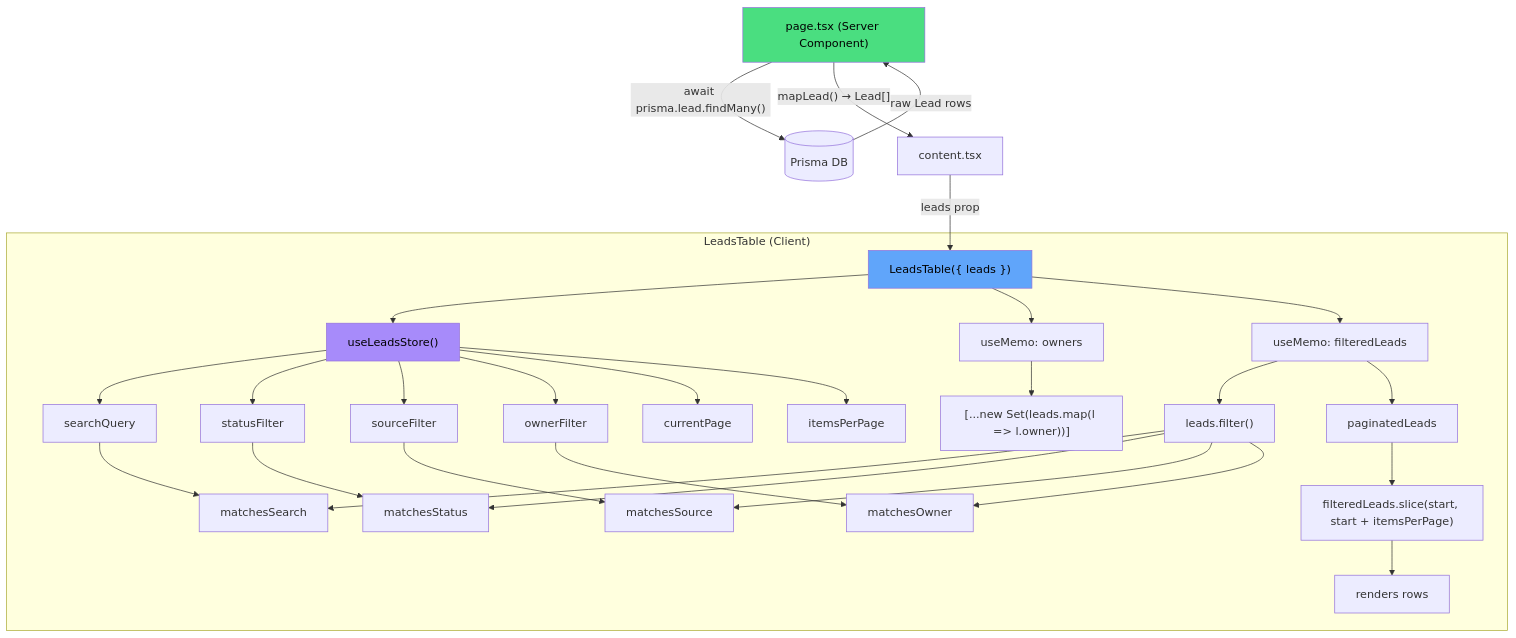
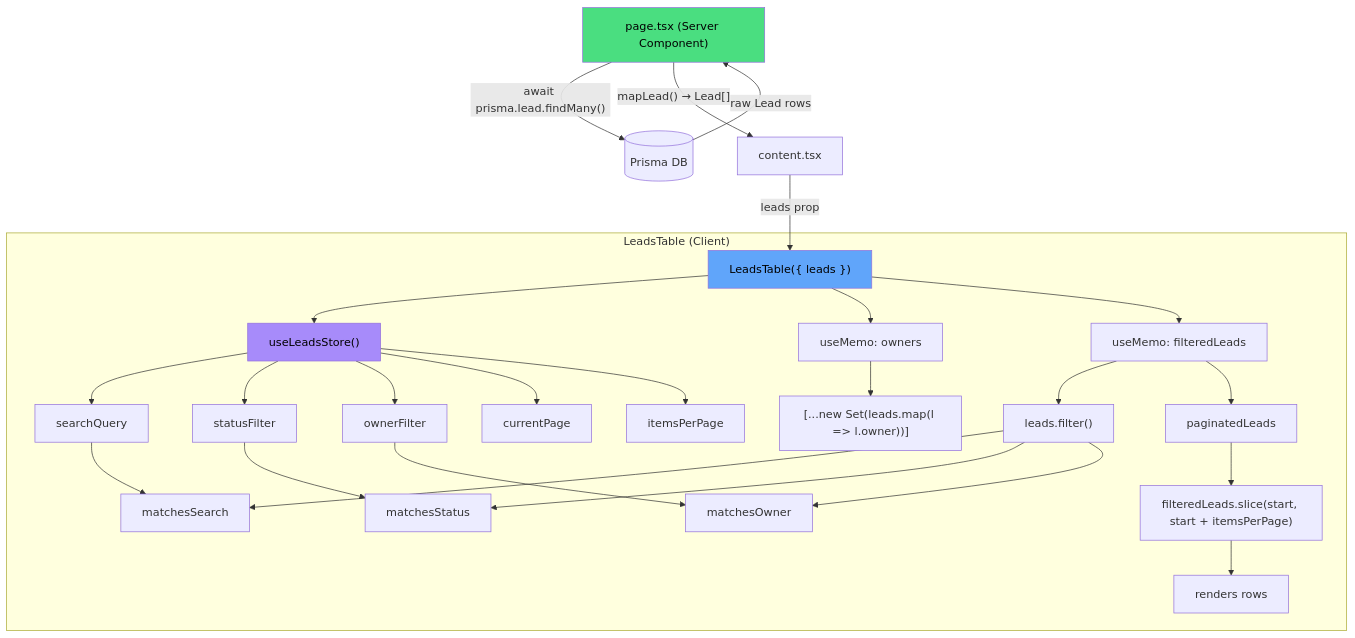
Before and after one commit to kimbrenekakande/wakaima: the diagram in apps/web/components/dashboard/LEADS-TABLE.md, drawn with Mermaid. The commit also changed other lines of this file and 20 other files, not shown here.

Commit message:
Refactor lead schema and remove source-based filtering

````diff
--- a/apps/web/components/dashboard/LEADS-TABLE.md
+++ b/apps/web/components/dashboard/LEADS-TABLE.md
@@ -17,41 +17,38 @@
 ```mermaid
 flowchart TD
     A["page.tsx (Server Component)"] -->|"await prisma.lead.findMany()"| B[("Prisma DB")]
     B -->|"raw Lead rows"| A
     A -->|"mapLead() → Lead[]"| C["content.tsx"]
     C -->|"leads prop"| D["LeadsTable({ leads })"]
 
     subgraph "LeadsTable (Client)"
         D --> E["useLeadsStore()"]
         E --> F["searchQuery"]
         E --> G["statusFilter"]
-        E --> H["sourceFilter"]
         E --> I["ownerFilter"]
         E --> J["currentPage"]
         E --> K["itemsPerPage"]
 
         D --> L["useMemo: owners"]
         L --> M["[...new Set(leads.map(l => l.owner))]"]
 
         D --> N["useMemo: filteredLeads"]
         N --> O["leads.filter()"]
         O --> P["matchesSearch"]
         O --> Q["matchesStatus"]
-        O --> R["matchesSource"]
         O --> S["matchesOwner"]
 
         F --> P
         G --> Q
-        H --> R
         I --> S
 
         N --> T["paginatedLeads"]
         T --> U["filteredLeads.slice(start, start + itemsPerPage)"]
 
         U --> V["<Table> renders rows"]
     end
 
     style A fill:#4ade80,color:#000
     style D fill:#60a5fa,color:#000
     style E fill:#a78bfa,color:#000
 ```
````
